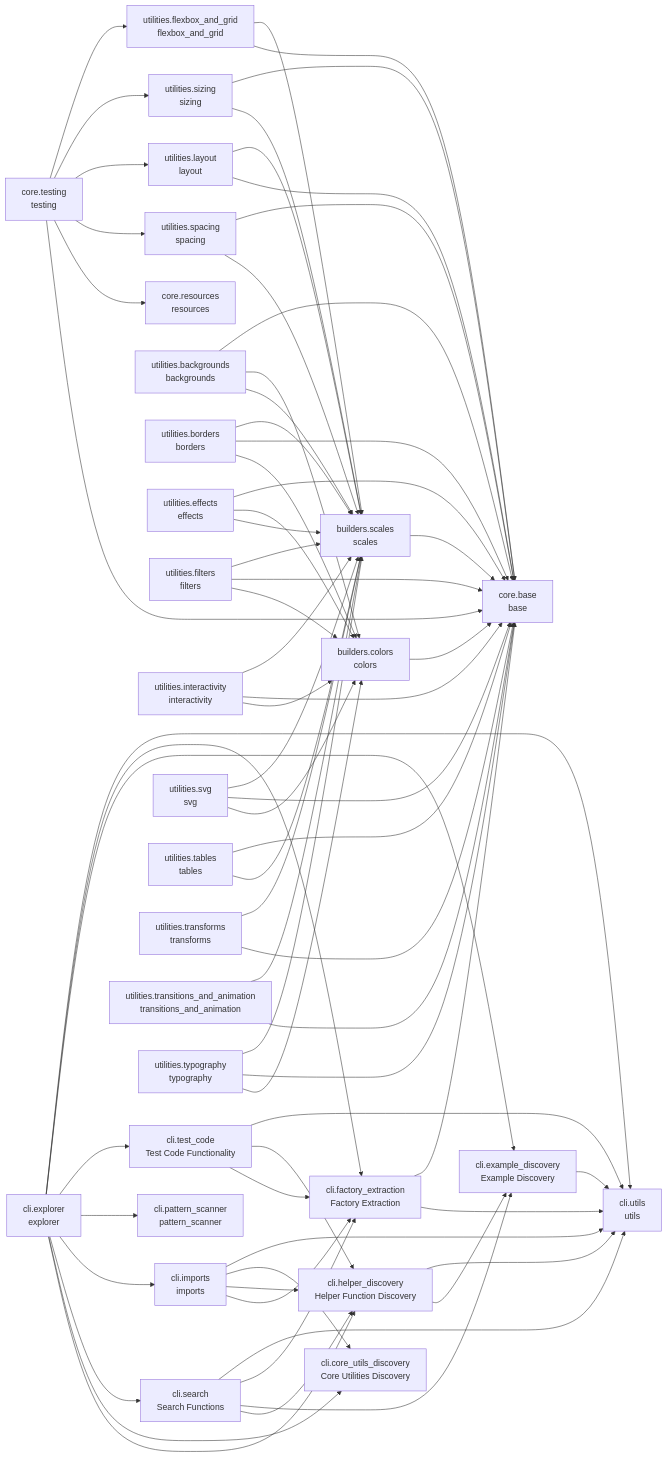
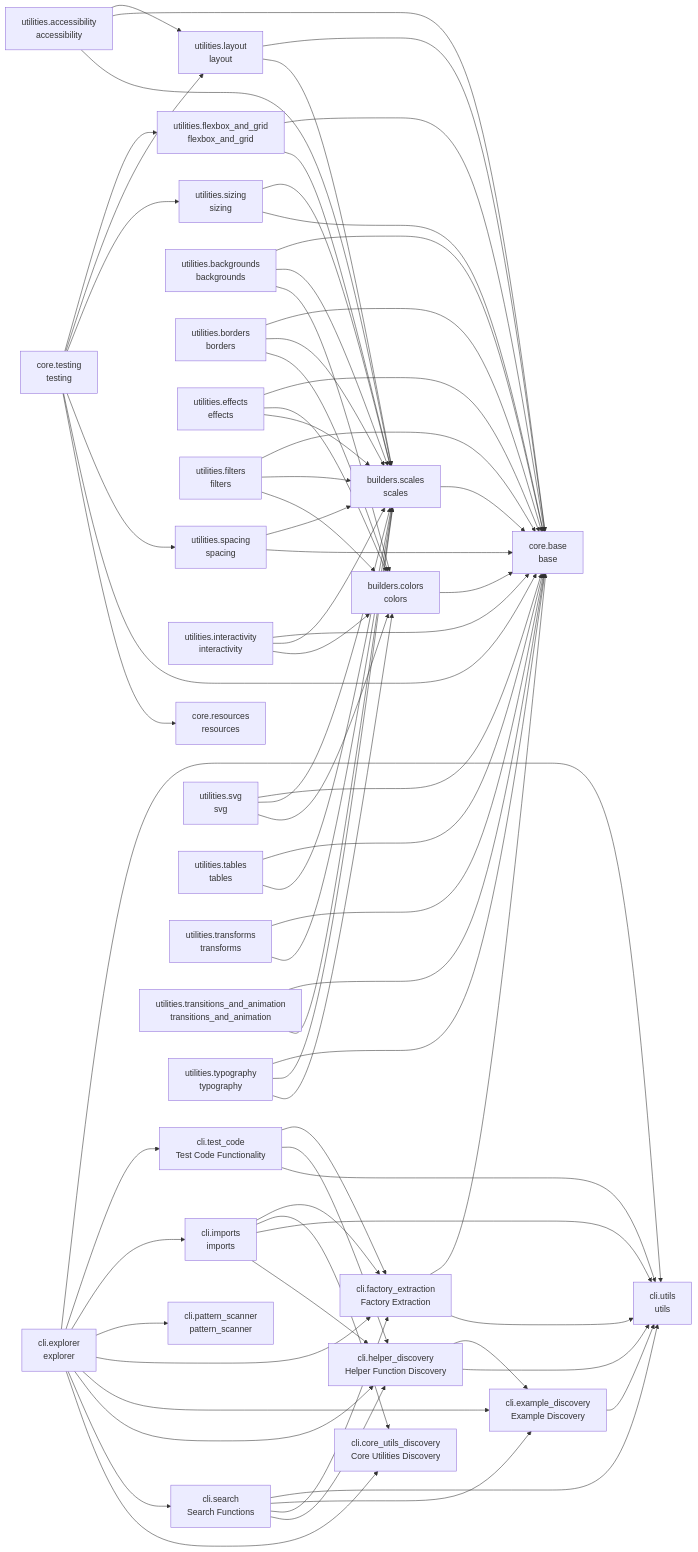
One commit to cj-mills/cjm-fasthtml-tailwind changed the diagram in README.md. Above: the diagram before and after it, drawn with Mermaid. The commit also changed other lines of this file and 5 other files, not shown here.

Commit message:
Implement accessibility utilities.

````diff
--- a/README.md
+++ b/README.md
@@ -67,6 +68,7 @@
     core_base[core.base<br/>base]
     core_resources[core.resources<br/>resources]
     core_testing[core.testing<br/>testing]
+    utilities_accessibility[utilities.accessibility<br/>accessibility]
     utilities_backgrounds[utilities.backgrounds<br/>backgrounds]
     utilities_borders[utilities.borders<br/>borders]
     utilities_effects[utilities.effects<br/>effects]
@@ -86,68 +88,71 @@
     builders_scales --> core_base
     cli_example_discovery --> cli_utils
     cli_explorer --> cli_utils
+    cli_explorer --> cli_test_code
+    cli_explorer --> cli_imports
+    cli_explorer --> cli_pattern_scanner
     cli_explorer --> cli_factory_extraction
     cli_explorer --> cli_example_discovery
-    cli_explorer --> cli_test_code
-    cli_explorer --> cli_pattern_scanner
-    cli_explorer --> cli_imports
+    cli_explorer --> cli_helper_discovery
     cli_explorer --> cli_search
     cli_explorer --> cli_core_utils_discovery
-    cli_explorer --> cli_helper_discovery
     cli_factory_extraction --> core_base
     cli_factory_extraction --> cli_utils
+    cli_helper_discovery --> cli_example_discovery
     cli_helper_discovery --> cli_utils
-    cli_helper_discovery --> cli_example_discovery
+    cli_imports --> cli_factory_extraction
+    cli_imports --> cli_core_utils_discovery
     cli_imports --> cli_utils
-    cli_imports --> cli_core_utils_discovery
     cli_imports --> cli_helper_discovery
-    cli_imports --> cli_factory_extraction
     cli_search --> cli_utils
+    cli_search --> cli_example_discovery
     cli_search --> cli_factory_extraction
-    cli_search --> cli_example_discovery
     cli_search --> cli_helper_discovery
+    cli_test_code --> cli_factory_extraction
+    cli_test_code --> cli_helper_discovery
     cli_test_code --> cli_utils
-    cli_test_code --> cli_helper_discovery
-    cli_test_code --> cli_factory_extraction
     core_testing --> utilities_flexbox_and_grid
+    core_testing --> utilities_layout
     core_testing --> utilities_sizing
-    core_testing --> utilities_layout
     core_testing --> utilities_spacing
+    core_testing --> core_base
     core_testing --> core_resources
-    core_testing --> core_base
+    utilities_accessibility --> utilities_layout
+    utilities_accessibility --> core_base
+    utilities_accessibility --> builders_scales
     utilities_backgrounds --> core_base
+    utilities_backgrounds --> builders_scales
     utilities_backgrounds --> builders_colors
-    utilities_backgrounds --> builders_scales
+    utilities_borders --> core_base
     utilities_borders --> builders_scales
-    utilities_borders --> core_base
     utilities_borders --> builders_colors
     utilities_effects --> core_base
     utilities_effects --> builders_colors
     utilities_effects --> builders_scales
+    utilities_filters --> core_base
     utilities_filters --> builders_scales
-    utilities_filters --> core_base
     utilities_filters --> builders_colors
+    utilities_flexbox_and_grid --> core_base
     utilities_flexbox_and_grid --> builders_scales
-    utilities_flexbox_and_grid --> core_base
+    utilities_interactivity --> core_base
     utilities_interactivity --> builders_scales
-    utilities_interactivity --> core_base
     utilities_interactivity --> builders_colors
+    utilities_layout --> core_base
     utilities_layout --> builders_scales
-    utilities_layout --> core_base
+    utilities_sizing --> builders_scales
     utilities_sizing --> core_base
-    utilities_sizing --> builders_scales
+    utilities_spacing --> builders_scales
     utilities_spacing --> core_base
-    utilities_spacing --> builders_scales
+    utilities_svg --> core_base
     utilities_svg --> builders_scales
-    utilities_svg --> core_base
     utilities_svg --> builders_colors
     utilities_tables --> core_base
     utilities_tables --> builders_scales
+    utilities_transforms --> core_base
     utilities_transforms --> builders_scales
-    utilities_transforms --> core_base
+    utilities_transitions_and_animation --> core_base
     utilities_transitions_and_animation --> builders_scales
-    utilities_transitions_and_animation --> core_base
+    utilities_typography --> core_base
     utilities_typography --> builders_scales
-    utilities_typography --> core_base
     utilities_typography --> builders_colors
 ```
````
